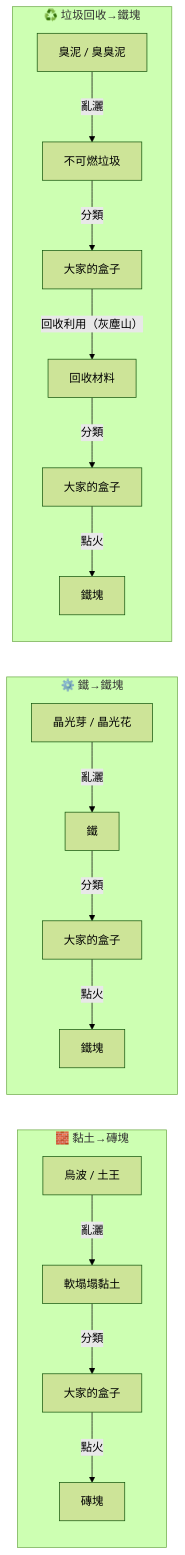
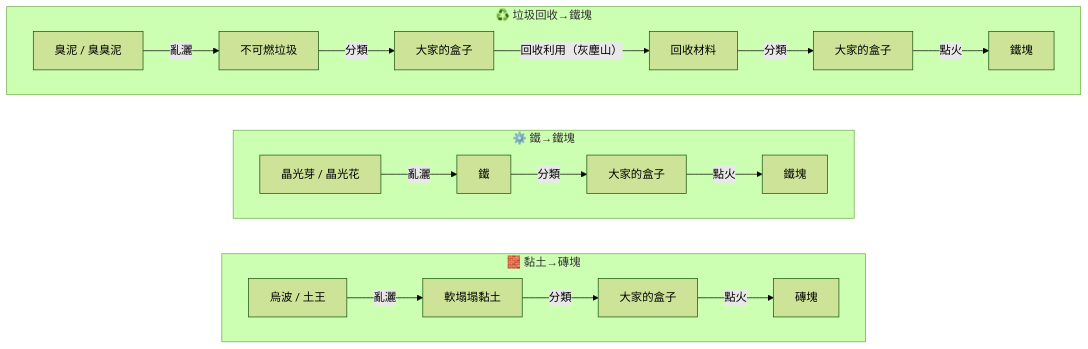
The third of 4 diagrams in README.md (G36maid/pokopia), drawn with Mermaid (forest theme) before and after one commit. The commit also changed other lines of this file, not shown here.

````diff
--- a/README.md
+++ b/README.md
@@ -31,22 +31,25 @@
 ```mermaid
 flowchart LR
     subgraph clay["🧱 黏土→磚塊"]
+        direction LR
         WP["烏波 / 土王"] -->|"亂灑"| CLAY["軟塌塌黏土"]
         CLAY -->|"分類"| CB["大家的盒子"]
         CB -->|"點火"| BRICK["磚塊"]
     end
 
     subgraph iron["⚙️ 鐵→鐵塊"]
+        direction LR
         GL["晶光芽 / 晶光花"] -->|"亂灑"| IRON["鐵"]
         IRON -->|"分類"| IB["大家的盒子"]
         IB -->|"點火"| IBLOCK["鐵塊"]
     end
 
     subgraph trash["♻️ 垃圾回收→鐵塊"]
+        direction LR
         GB["臭泥 / 臭臭泥"] -->|"亂灑"| TRASH["不可燃垃圾"]
         TRASH -->|"分類"| TB1["大家的盒子"]
         TB1 -->|"回收利用（灰塵山）"| RECYCLED["回收材料"]
         RECYCLED -->|"分類"| TB2["大家的盒子"]
         TB2 -->|"點火"| IRON2["鐵塊"]
     end
 ```
````
